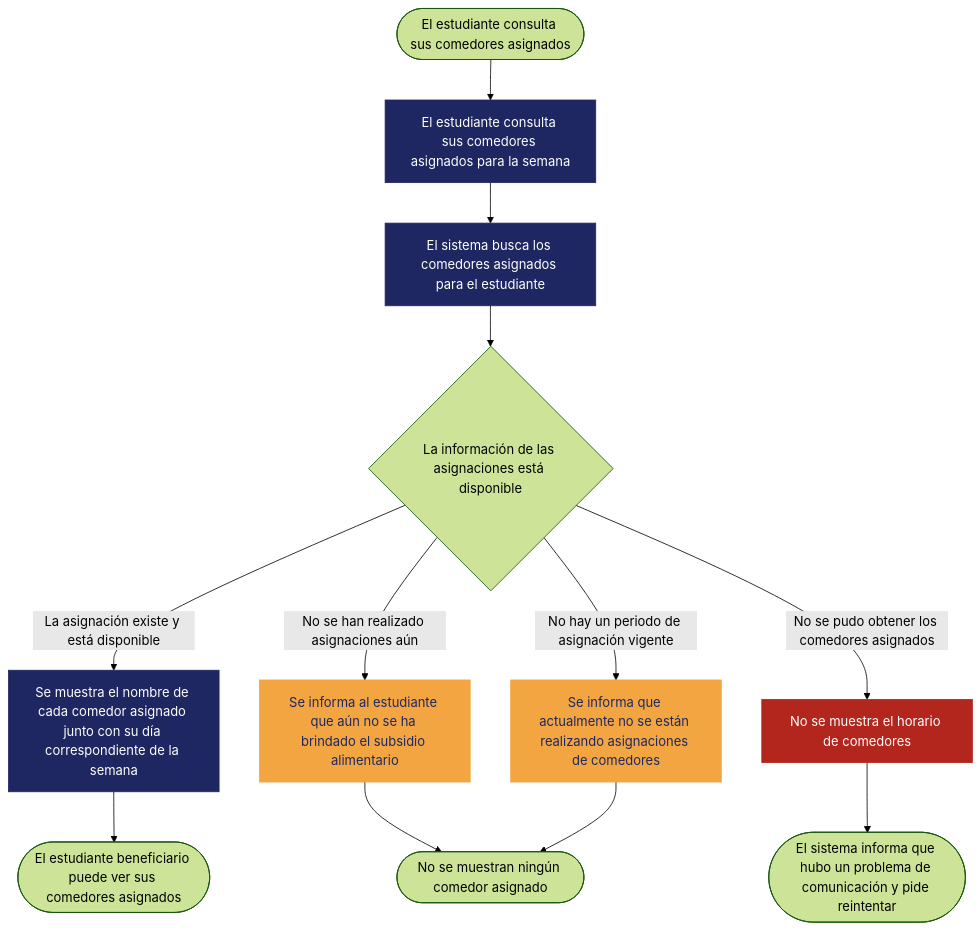
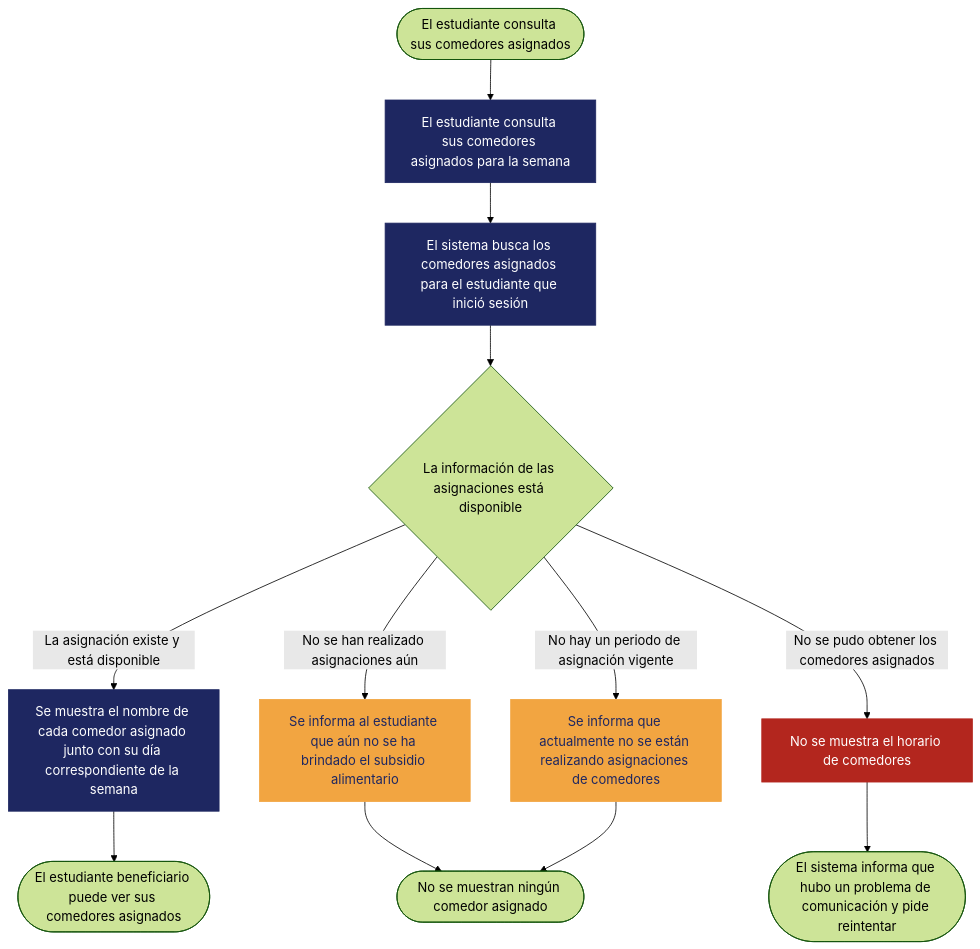
One commit to alfredoquev/Almuerzate.app changed the diagram in docs/requirements/REQ-10.md. Above: the diagram before and after it, drawn with Mermaid (forest theme). The commit also changed other lines of this file, not shown here.

````diff
--- a/docs/requirements/REQ-10.md
+++ b/docs/requirements/REQ-10.md
@@ -127,21 +131,21 @@
 ```mermaid
 flowchart TD
     A([El estudiante consulta sus comedores asignados]) --> B["El estudiante consulta sus comedores asignados para la semana"]
-    B --> C["El sistema busca los comedores asignados para el estudiante"]
+    B --> C["El sistema busca los comedores asignados para el estudiante que inició sesión"]
     C --> D{"La información de las asignaciones está disponible"}
     D -- "La asignación existe y está disponible" --> G["Se muestra el nombre de cada comedor asignado junto con su día correspondiente de la semana"]
     G --> H(["El estudiante beneficiario puede ver sus comedores asignados"])
     D -- "No se han realizado asignaciones aún" --> E["Se informa al estudiante que aún no se ha brindado el subsidio alimentario"]
     E --> I(["No se muestran ningún comedor asignado"])
     D -- "No se pudo obtener los comedores asignados" --> F["No se muestra el horario de comedores"]
     F --> J(["El sistema informa que hubo un problema de comunicación y pide reintentar"])
     D -- "No hay un periodo de asignación vigente" --> K["Se informa que actualmente no se están realizando asignaciones de comedores"]
     K --> I
 
     classDef mainflow fill:#1E2761,color:#ffffff,stroke:#1E2761;
     classDef alt fill:#F2A541,color:#1E2761,stroke:#F2A541;
     classDef exception fill:#B3261E,color:#ffffff,stroke:#B3261E;
     class B,C,G mainflow;
     class E,K alt;
     class F exception;
 ```
````
